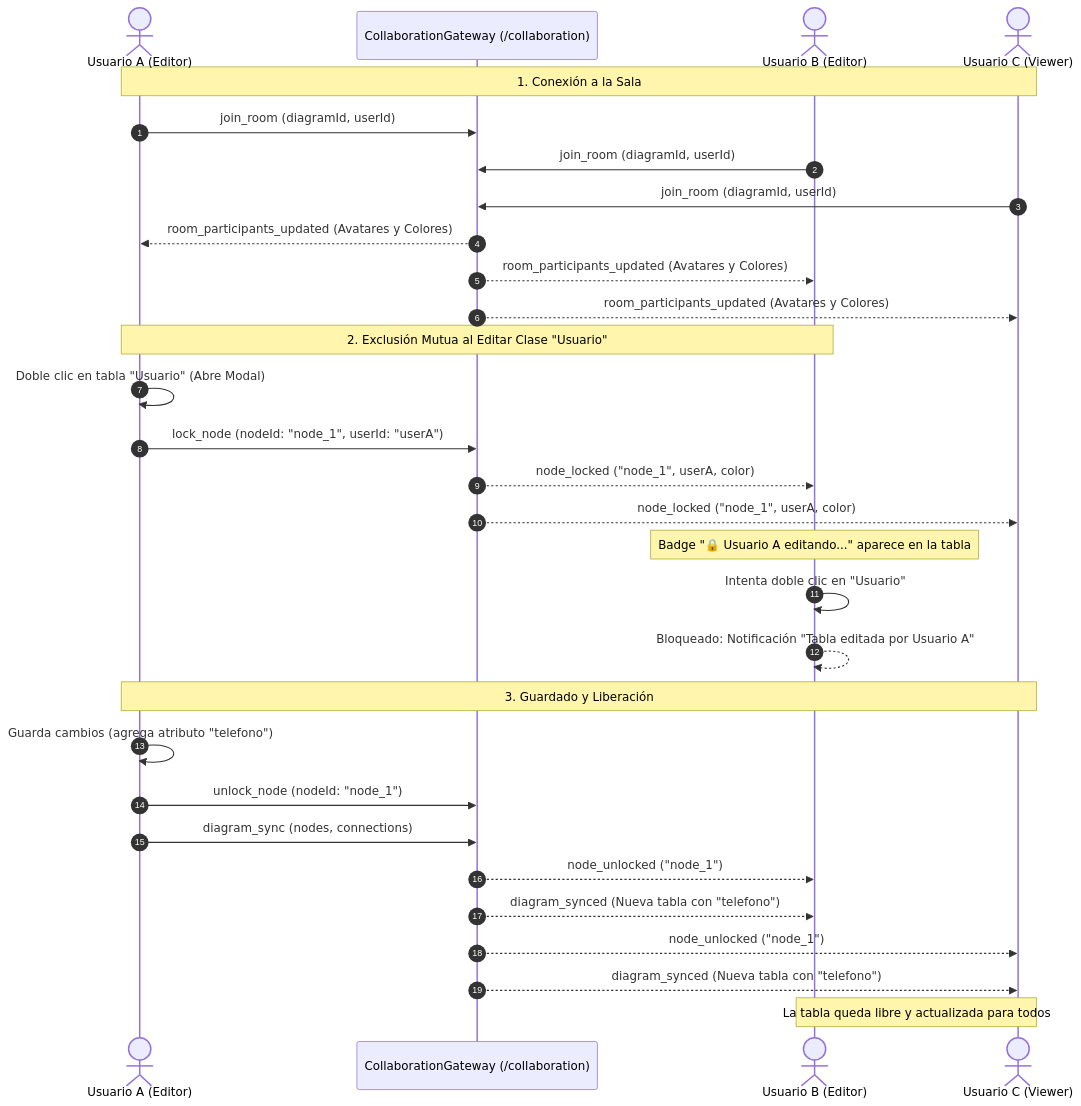
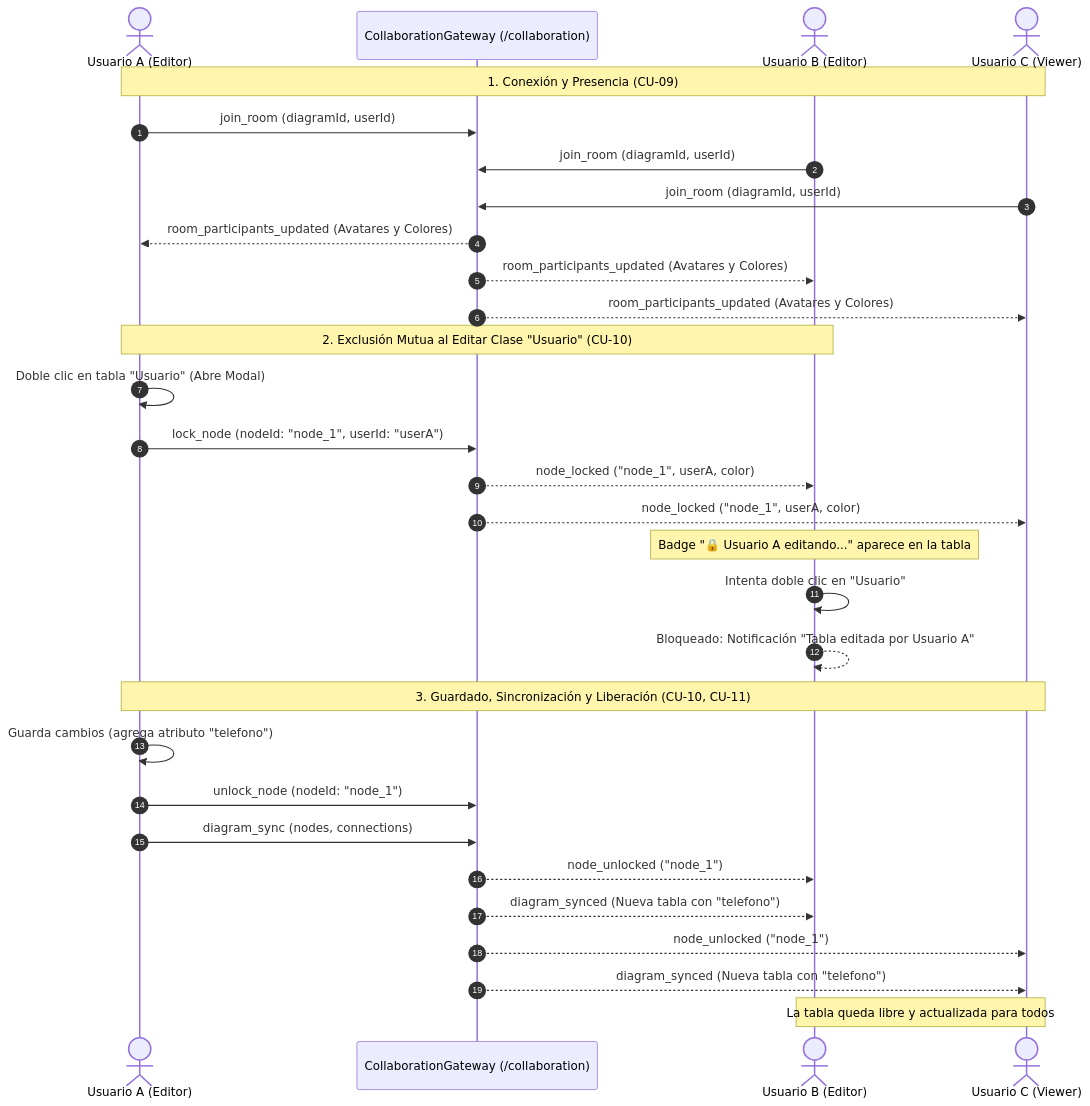
Before and after one commit to evert-aov/sw1_parcial1_backend: the diagram in docs/modules/collaboration.md, drawn with Mermaid. The commit also changed other lines of this file and 3 other files, not shown here.

Commit message:
docs: refactor and renumber use cases across auth (CU01-02), projects (CU03-04), diagrams (CU05-08), and collaboration (CU09-11)

````diff
--- a/docs/modules/collaboration.md
+++ b/docs/modules/collaboration.md
@@ -67,36 +81,36 @@
 ```mermaid
 sequenceDiagram
     autonumber
     actor UserA as Usuario A (Editor)
     participant WS as CollaborationGateway (/collaboration)
     actor UserB as Usuario B (Editor)
     actor UserC as Usuario C (Viewer)
 
-    Note over UserA,UserC: 1. Conexión a la Sala
+    Note over UserA,UserC: 1. Conexión y Presencia (CU-09)
     UserA->>WS: join_room (diagramId, userId)
     UserB->>WS: join_room (diagramId, userId)
     UserC->>WS: join_room (diagramId, userId)
     WS-->>UserA: room_participants_updated (Avatares y Colores)
     WS-->>UserB: room_participants_updated (Avatares y Colores)
     WS-->>UserC: room_participants_updated (Avatares y Colores)
 
-    Note over UserA,UserB: 2. Exclusión Mutua al Editar Clase "Usuario"
+    Note over UserA,UserB: 2. Exclusión Mutua al Editar Clase "Usuario" (CU-10)
     UserA->>UserA: Doble clic en tabla "Usuario" (Abre Modal)
     UserA->>WS: lock_node (nodeId: "node_1", userId: "userA")
     WS-->>UserB: node_locked ("node_1", userA, color)
     WS-->>UserC: node_locked ("node_1", userA, color)
     Note over UserB: Badge "🔒 Usuario A editando..." aparece en la tabla
     
     UserB->>UserB: Intenta doble clic en "Usuario"
     UserB-->>UserB: Bloqueado: Notificación "Tabla editada por Usuario A"
 
-    Note over UserA,UserC: 3. Guardado y Liberación
+    Note over UserA,UserC: 3. Guardado, Sincronización y Liberación (CU-10, CU-11)
     UserA->>UserA: Guarda cambios (agrega atributo "telefono")
     UserA->>WS: unlock_node (nodeId: "node_1")
     UserA->>WS: diagram_sync (nodes, connections)
     WS-->>UserB: node_unlocked ("node_1")
     WS-->>UserB: diagram_synced (Nueva tabla con "telefono")
     WS-->>UserC: node_unlocked ("node_1")
     WS-->>UserC: diagram_synced (Nueva tabla con "telefono")
     Note over UserB,UserC: La tabla queda libre y actualizada para todos
 ```
````
